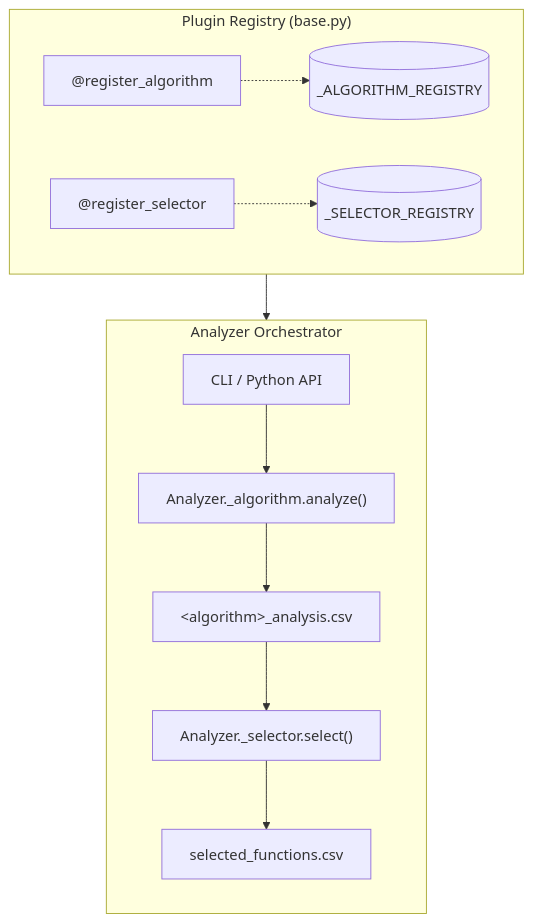
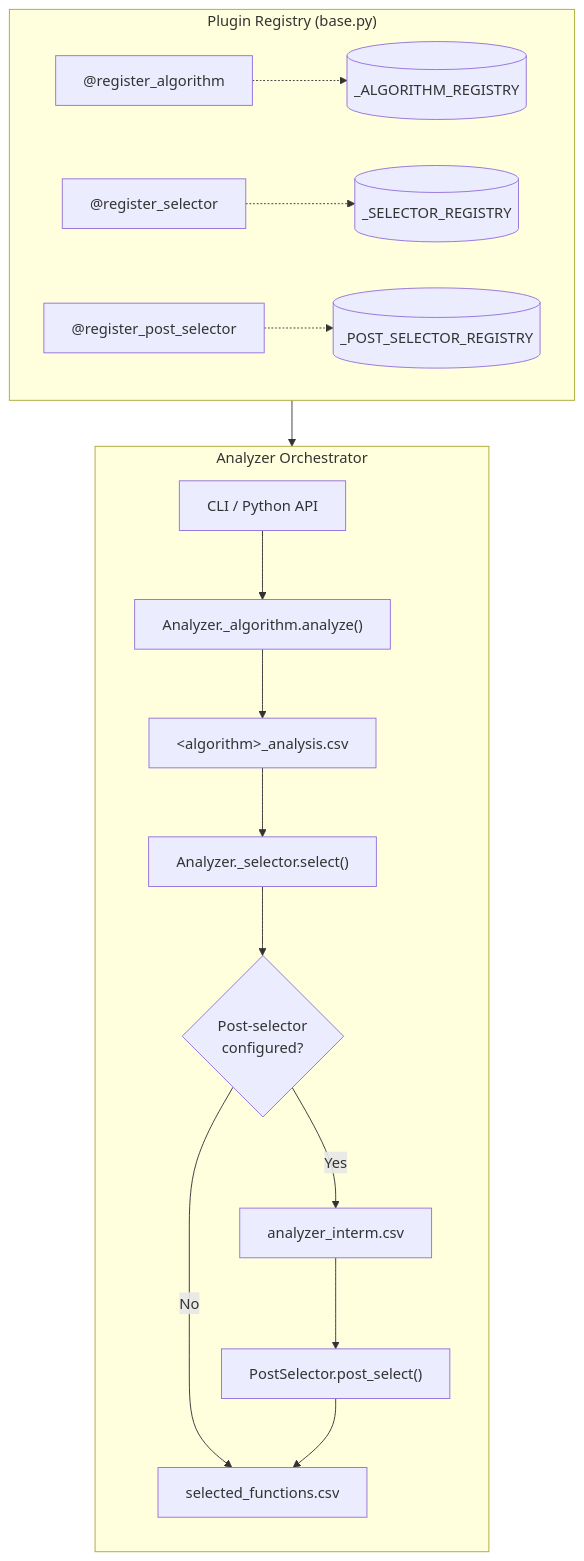
One commit to galaxybomb23/LAFVT changed the first of 6 diagrams in src/analyzer/algorithms.md. Above: the diagram before and after it, drawn with Mermaid. The commit also changed other lines of this file and 9 other files, not shown here.

Commit message:
init post-selector

````diff
--- a/src/analyzer/algorithms.md
+++ b/src/analyzer/algorithms.md
@@ -7,18 +7,23 @@
 ```mermaid
 flowchart TD
     subgraph Analyzer["Analyzer Orchestrator"]
         direction TB
         CLI["CLI / Python API"] --> A["Analyzer._algorithm.analyze()"]
         A --> CSV1["&lt;algorithm&gt;_analysis.csv"]
         CSV1 --> S["Analyzer._selector.select()"]
-        S --> CSV2["selected_functions.csv"]
+        S --> INTERM{"Post-selector\nconfigured?"}
+        INTERM -->|No| CSV2["selected_functions.csv"]
+        INTERM -->|Yes| SAVE["analyzer_interm.csv"]
+        SAVE --> PS["PostSelector.post_select()"]
+        PS --> CSV2
     end
 
     subgraph Registry["Plugin Registry (base.py)"]
         direction LR
         R1["@register_algorithm"] -.-> AREG[("_ALGORITHM_REGISTRY")]
         R2["@register_selector"] -.-> SREG[("_SELECTOR_REGISTRY")]
+        R3["@register_post_selector"] -.-> PREG[("_POST_SELECTOR_REGISTRY")]
     end
 
     Registry --> Analyzer
 ```
````
